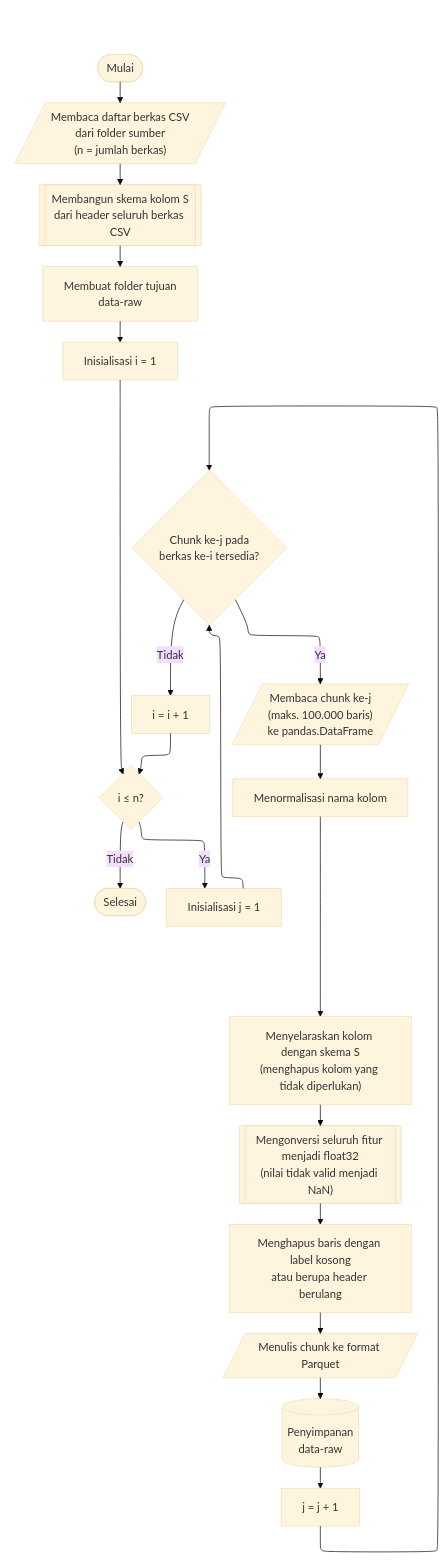
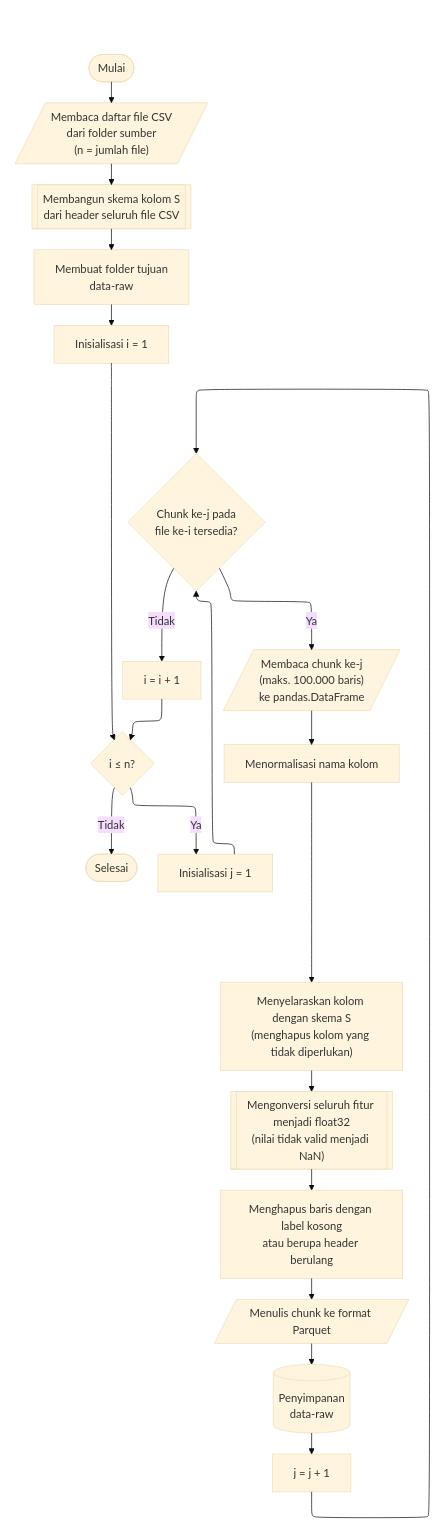
Before and after one commit to JoxNeis/mlids-robustness: the diagram in thesis/diagram/bab_04/diagram_04_01_01.mmd, drawn with Mermaid (base theme). The commit also changed 27 other files, not shown here.

```diff
--- a/thesis/diagram/bab_04/diagram_04_01_01.mmd
+++ b/thesis/diagram/bab_04/diagram_04_01_01.mmd
@@ -1,58 +1,58 @@
 %%{init: {"flowchart": {"defaultRenderer": "elk"}}}%%
 flowchart TD
     subgraph r1[" "]
         direction TD
         mulai(["Mulai"])
-        input_csv[/"Membaca daftar berkas CSV<br>dari folder sumber<br>(n = jumlah berkas)"/]
-        skema[["Membangun skema kolom S<br>dari header seluruh berkas CSV"]]
+        input_csv[/"Membaca daftar file CSV<br>dari folder sumber<br>(n = jumlah file)"/]
+        skema[["Membangun skema kolom S<br>dari header seluruh file CSV"]]
         buat_folder["Membuat folder tujuan<br>data-raw"]
         init_i["Inisialisasi i = 1"]
     end
 
     subgraph r2[" "]
         direction TD
         cek_i{"i ≤ n?"}
         selesai(["Selesai"])
         init_j["Inisialisasi j = 1"]
-        cek_j{"Chunk ke-j pada<br>berkas ke-i tersedia?"}
+        cek_j{"Chunk ke-j pada<br>file ke-i tersedia?"}
         inc_i["i = i + 1"]
         baca_chunk[/"Membaca chunk ke-j<br>(maks. 100.000 baris)<br>ke pandas.DataFrame"/]
         norm_kolom["Menormalisasi nama kolom"]
     end
 
     subgraph r3[" "]
         direction TD
         selaras["Menyelaraskan kolom dengan skema S<br>(menghapus kolom yang tidak diperlukan)"]
         cast_float[["Mengonversi seluruh fitur menjadi float32<br>(nilai tidak valid menjadi NaN)"]]
         hapus_label["Menghapus baris dengan label kosong<br>atau berupa header berulang"]
         tulis[/"Menulis chunk ke format Parquet"/]
         simpan[("Penyimpanan<br>data-raw")]
         inc_j["j = j + 1"]
     end
 
     mulai --> input_csv
     input_csv --> skema
     skema --> buat_folder
     buat_folder --> init_i
     init_i --> cek_i
 
     cek_i -->|"Tidak"| selesai
     cek_i -->|"Ya"| init_j
     init_j --> cek_j
 
     cek_j -->|"Tidak"| inc_i
     inc_i --> cek_i
 
     cek_j -->|"Ya"| baca_chunk
     baca_chunk --> norm_kolom
     norm_kolom --> selaras
     selaras --> cast_float
     cast_float --> hapus_label
     hapus_label --> tulis
     tulis --> simpan
     simpan --> inc_j
     inc_j --> cek_j
 
     style r1 fill:none,stroke:none
     style r2 fill:none,stroke:none
     style r3 fill:none,stroke:none
```
